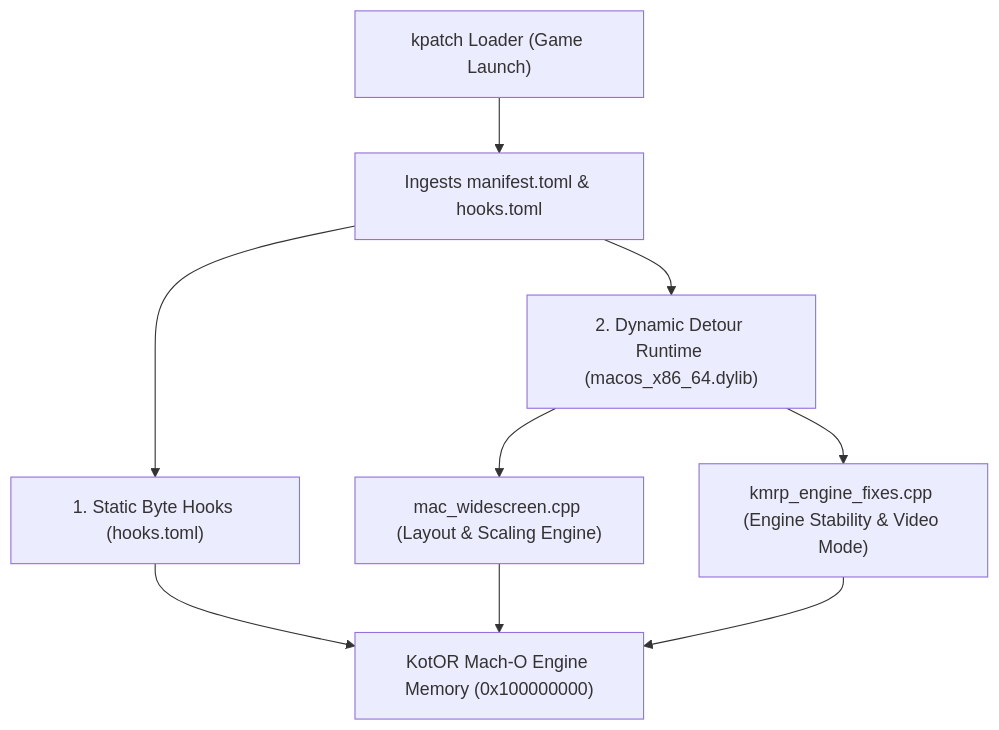
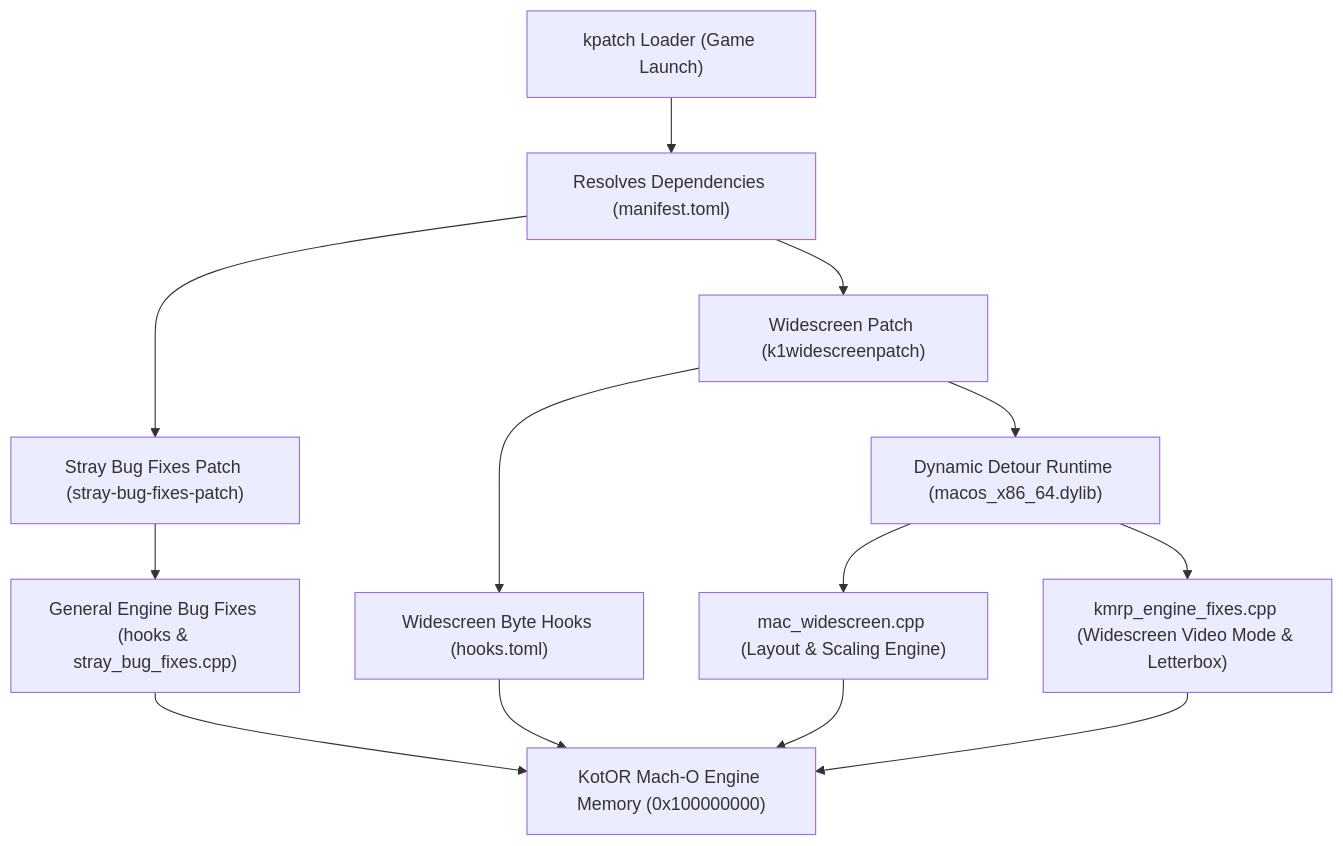
Before and after one commit to LaneDibello/Kotor-Patch-Manager: the first of 2 diagrams in Patches/K1WidescreenPatch/README.md, drawn with Mermaid. The commit also changed other lines of this file, not shown here.

````diff
--- a/Patches/K1WidescreenPatch/README.md
+++ b/Patches/K1WidescreenPatch/README.md
@@ -96,11 +96,15 @@
 ```mermaid
 flowchart TD
-    Launcher["kpatch Loader (Game Launch)"] --> Ingest["Ingests manifest.toml & hooks.toml"]
-    Ingest --> StaticHooks["1. Static Byte Hooks (hooks.toml)"]
-    Ingest --> DylibLoad["2. Dynamic Detour Runtime (macos_x86_64.dylib)"]
+    Launcher["kpatch Loader (Game Launch)"] --> DepCheck["Resolves Dependencies (manifest.toml)"]
+    DepCheck --> StrayPatch["Stray Bug Fixes Patch (stray-bug-fixes-patch)"]
+    DepCheck --> WidescreenPatch["Widescreen Patch (k1widescreenpatch)"]
+    StrayPatch --> StaticBugs["General Engine Bug Fixes (hooks & stray_bug_fixes.cpp)"]
+    WidescreenPatch --> StaticHooks["Widescreen Byte Hooks (hooks.toml)"]
+    WidescreenPatch --> DylibLoad["Dynamic Detour Runtime (macos_x86_64.dylib)"]
     DylibLoad --> WidescreenCpp["mac_widescreen.cpp (Layout & Scaling Engine)"]
-    DylibLoad --> KmrpCpp["kmrp_engine_fixes.cpp (Engine Stability & Video Mode)"]
-    StaticHooks --> EngineMemory["KotOR Mach-O Engine Memory (0x100000000)"]
+    DylibLoad --> KmrpCpp["kmrp_engine_fixes.cpp (Widescreen Video Mode & Letterbox)"]
+    StaticBugs --> EngineMemory["KotOR Mach-O Engine Memory (0x100000000)"]
+    StaticHooks --> EngineMemory
     WidescreenCpp --> EngineMemory
     KmrpCpp --> EngineMemory
 ```
````
